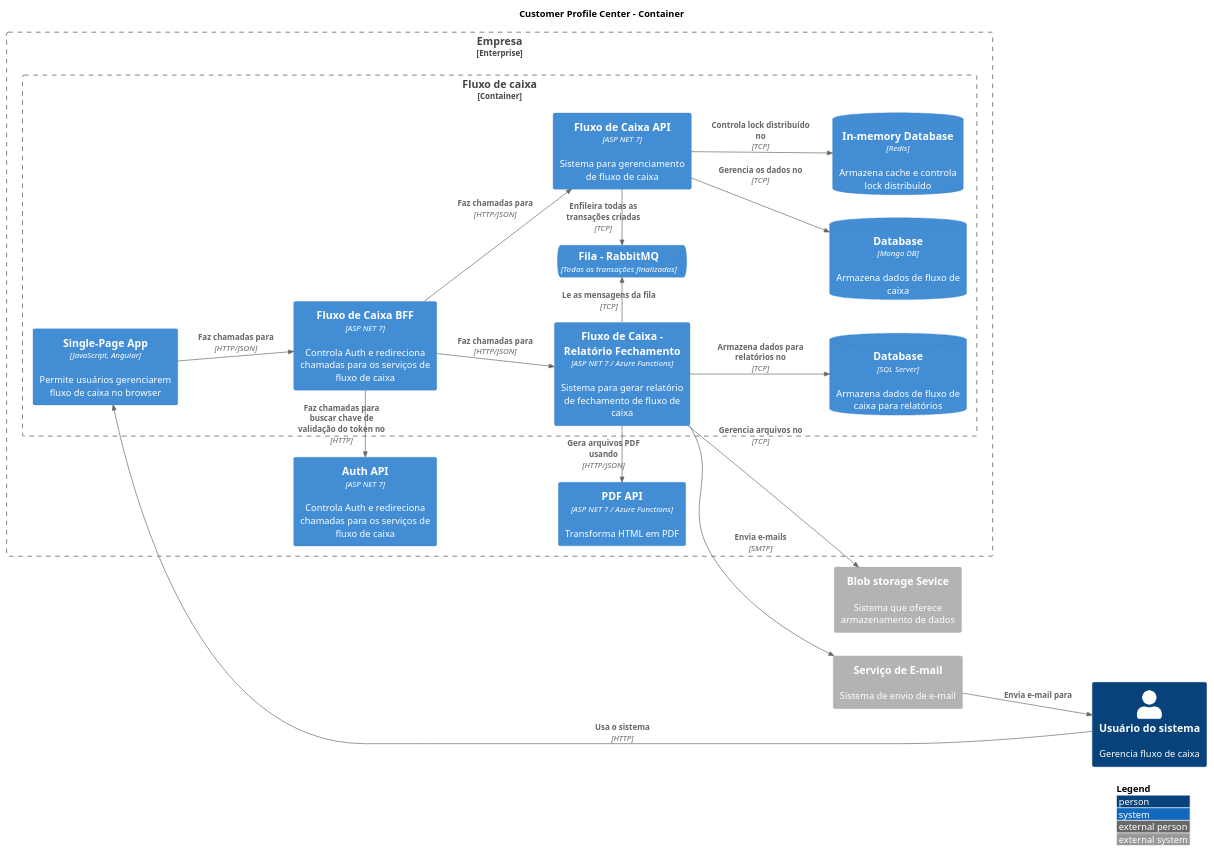
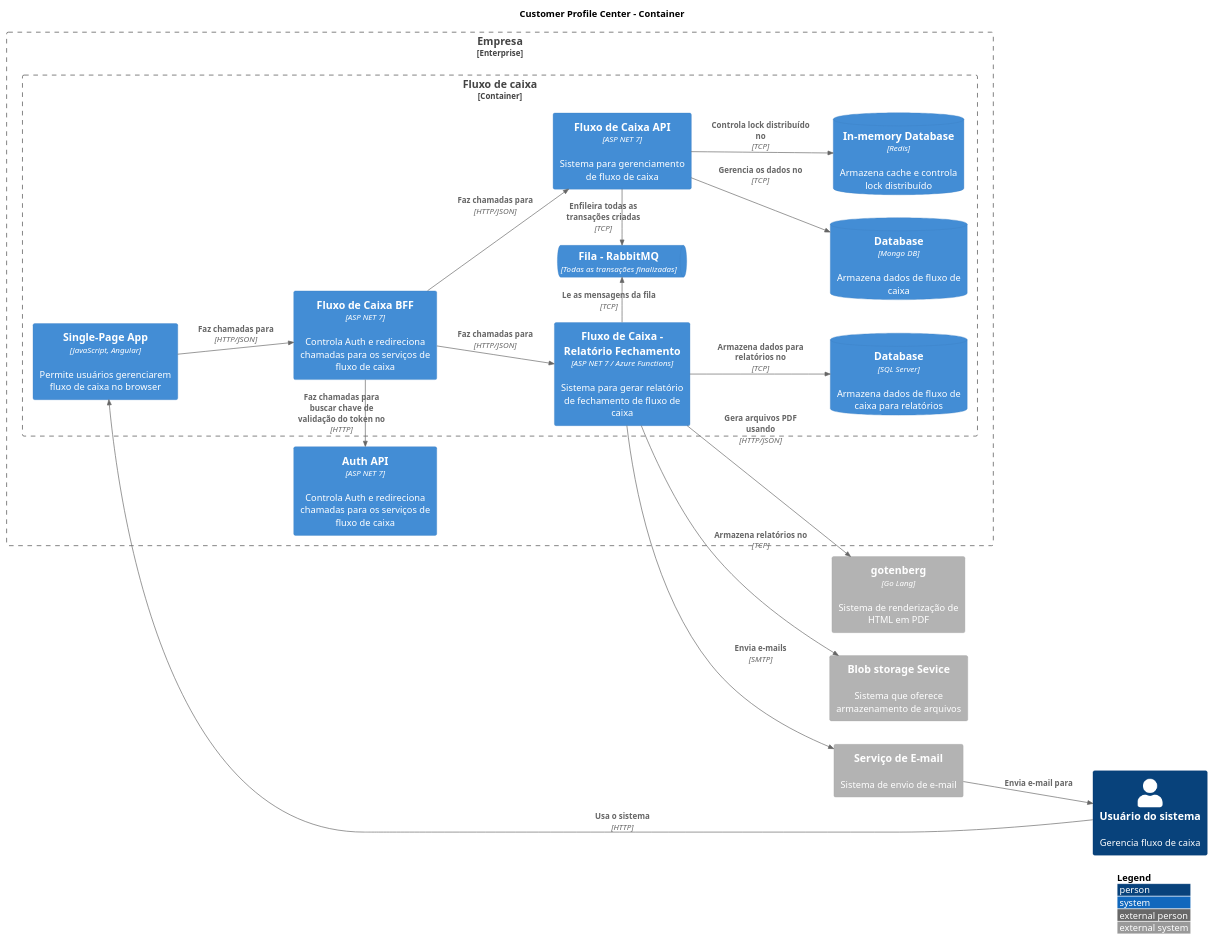
Before and after one commit to CristianoRC/Fluxo-De-Caixa: the diagram in Doc/Container.puml, drawn with PlantUML.

Commit message:
Adiciona gotenberg no Container Diagram

```diff
--- a/Doc/Container.puml
+++ b/Doc/Container.puml
@@ -1,57 +1,57 @@
 @startuml container
 
 !include https://raw.githubusercontent.com/plantuml-stdlib/C4-PlantUML/master/C4_Container.puml
 !include https://raw.githubusercontent.com/plantuml-stdlib/C4-PlantUML/master/C4_Context.puml
 
 LAYOUT_LANDSCAPE()
 LAYOUT_WITH_LEGEND()
 
 TITLE Customer Profile Center - Container
 
 Enterprise_Boundary(boundaryEmpersa, "Empresa") {
   
     Container_Boundary(boundaryFluxoDeCaixa, "Fluxo de caixa") {
         Container(fluxoDeCaixaApi, "Fluxo de Caixa API", "ASP NET 7", "Sistema para gerenciamento de fluxo de caixa")
         Container(fluxoDeCaixaApp, "Single-Page App", "JavaScript, Angular", "Permite usuários gerenciarem fluxo de caixa no browser")
         Container(fluxoDeCaixaReportApi, "Fluxo de Caixa - Relatório Fechamento", "ASP NET 7 / Azure Functions", "Sistema para gerar relatório de fechamento de fluxo de caixa")
         Container(fluxoDeCaixaBff, "Fluxo de Caixa BFF", "ASP NET 7", "Controla Auth e redireciona chamadas para os serviços de fluxo de caixa")
 
         ContainerDb(redis, "In-memory Database", "Redis", "Armazena cache e controla lock distribuído")
         ContainerDb(mongodb, "Database", "Mongo DB", "Armazena dados de fluxo de caixa")
         ContainerDb(sqlServer, "Database", "SQL Server", "Armazena dados de fluxo de caixa para relatórios")
         ContainerQueue(transactionQueue, "Fila - RabbitMQ", "Todas as transações finalizadas")
     }
     
-    Container(pdfApi, "PDF API", "ASP NET 7 / Azure Functions", "Transforma HTML em PDF")
     Container(authApi, "Auth API", "ASP NET 7", "Controla Auth e redireciona chamadas para os serviços de fluxo de caixa")
 }
 
-Container_Ext(blobStorage, "Blob storage Sevice", "", "Sistema que oferece armazenamento de dados")
+Container_Ext(gotenberg, "gotenberg", "Go Lang", "Sistema de renderização de HTML em PDF")
+Container_Ext(blobStorage, "Blob storage Sevice", "", "Sistema que oferece armazenamento de arquivos")
 Container_Ext(mailSystem, "Serviço de E-mail", "", "Sistema de envio de e-mail")
 Person(pessoa, "Usuário do sistema", "Gerencia fluxo de caixa")
 
 'API
 Rel(fluxoDeCaixaApi, mongodb, "Gerencia os dados no", "TCP")
 Rel_U(fluxoDeCaixaApi, transactionQueue, "Enfileira todas as transações criadas", "TCP")
 Rel(fluxoDeCaixaApi, redis, "Controla lock distribuído no", "TCP")
 
 'Report API
 Rel(fluxoDeCaixaReportApi, mailSystem, "Envia e-mails", "SMTP")
 Rel_D(fluxoDeCaixaReportApi, transactionQueue, "Le as mensagens da fila", "TCP")
 Rel(fluxoDeCaixaReportApi, sqlServer, "Armazena dados para relatórios no", "TCP")
-Rel(fluxoDeCaixaReportApi, blobStorage, "Gerencia arquivos no", "TCP")
-Rel_D(fluxoDeCaixaReportApi, pdfApi, "Gera arquivos PDF usando", "HTTP/JSON")
+Rel(fluxoDeCaixaReportApi, blobStorage, "Armazena relatórios no", "TCP")
+Rel(fluxoDeCaixaReportApi, gotenberg, "Gera arquivos PDF usando", "HTTP/JSON")
 
 'App
 Rel(fluxoDeCaixaApp, fluxoDeCaixaBff, "Faz chamadas para", "HTTP/JSON")
 
 'BFF
 Rel(fluxoDeCaixaBff, fluxoDeCaixaApi, "Faz chamadas para", "HTTP/JSON")
 Rel(fluxoDeCaixaBff, fluxoDeCaixaReportApi, "Faz chamadas para", "HTTP/JSON")
 Rel_D(fluxoDeCaixaBff, authApi, "Faz chamadas para buscar chave de validação do token no", "HTTP")
 
 'Pessoa
 Rel(pessoa, fluxoDeCaixaApp, "Usa o sistema", "HTTP")
 Rel(mailSystem, pessoa, "Envia e-mail para")
 
 @enduml
```
